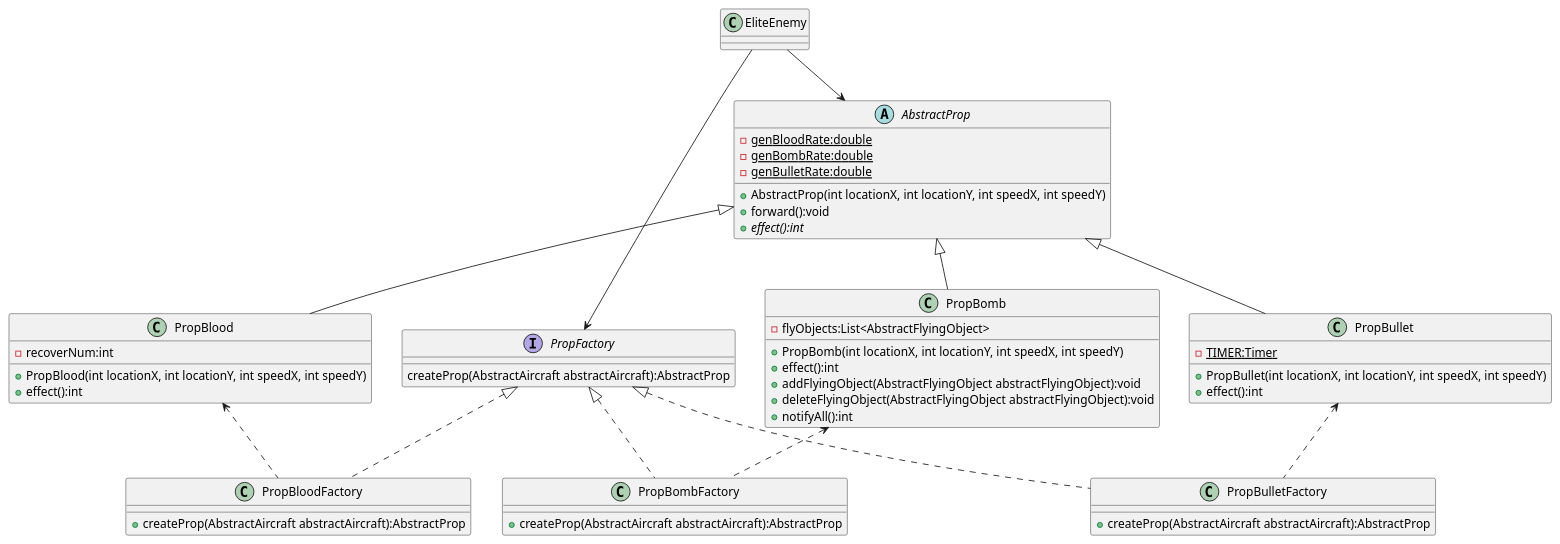
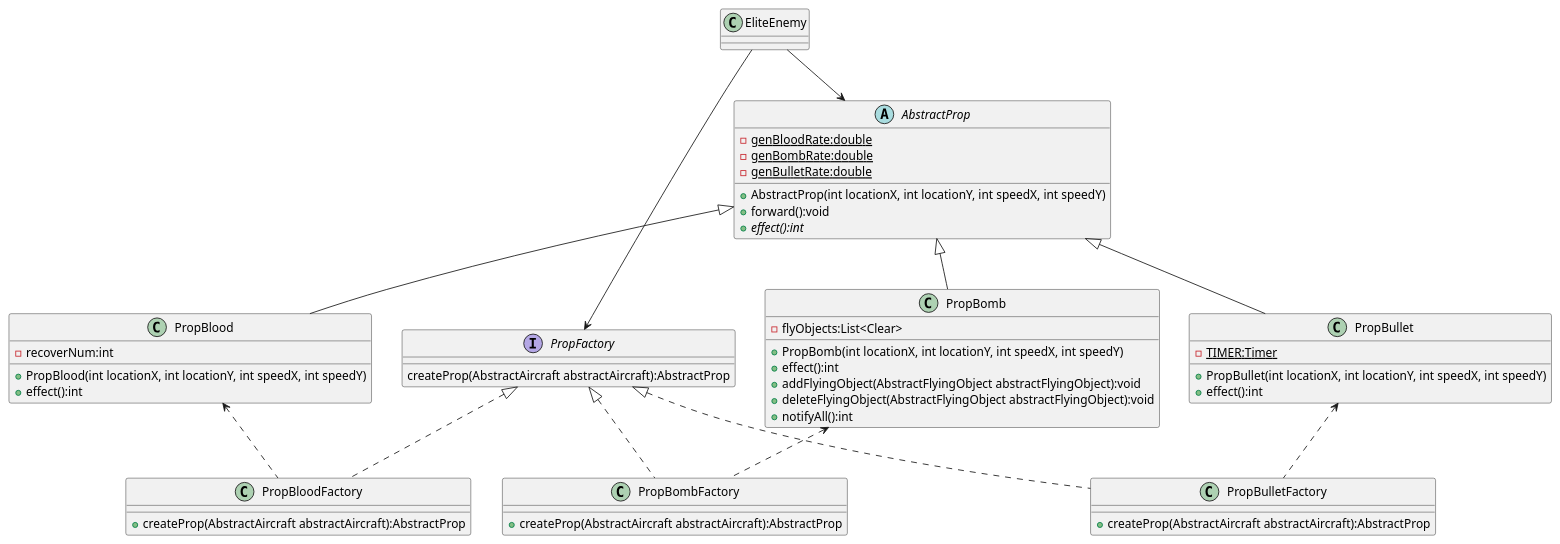
The diagram in uml/PropFactory.puml (ChrisGuiHK/AircraftWar-base), drawn with PlantUML before and after one commit. The commit also changed 13 other files, not shown here.

Commit message:
work6-uml-change

```diff
--- a/uml/PropFactory.puml
+++ b/uml/PropFactory.puml
@@ -1,72 +1,72 @@
 @startuml
 'https://plantuml.com/class-diagram
 
 class EliteEnemy{}
 
 EliteEnemy --> AbstractProp
 EliteEnemy --> PropFactory
 
 abstract class AbstractProp{
     - {static} genBloodRate:double
     - {static} genBombRate:double
     - {static} genBulletRate:double
 
     + AbstractProp(int locationX, int locationY, int speedX, int speedY)
     + forward():void
     + {abstract} effect():int
 }
 
 interface PropFactory
 {
     createProp(AbstractAircraft abstractAircraft):AbstractProp
 }
 
 AbstractProp <|-- PropBlood
 AbstractProp <|-- PropBomb
 AbstractProp <|-- PropBullet
 
 PropFactory <|.. PropBloodFactory
 PropFactory <|.. PropBombFactory
 PropFactory <|.. PropBulletFactory
 
 PropBlood <.. PropBloodFactory
 PropBomb <.. PropBombFactory
 PropBullet <.. PropBulletFactory
 
 class PropBlood{
     - recoverNum:int
 
     + PropBlood(int locationX, int locationY, int speedX, int speedY)
     + effect():int
 }
 
 class PropBomb{
-    - flyObjects:List<AbstractFlyingObject>
+    - flyObjects:List<Clear>
 
     + PropBomb(int locationX, int locationY, int speedX, int speedY)
     + effect():int
     + addFlyingObject(AbstractFlyingObject abstractFlyingObject):void
     + deleteFlyingObject(AbstractFlyingObject abstractFlyingObject):void
     + notifyAll():int
 }
 
 class PropBullet{
     - {static} TIMER:Timer
 
     + PropBullet(int locationX, int locationY, int speedX, int speedY)
     + effect():int
 }
 
 class PropBloodFactory {
     + createProp(AbstractAircraft abstractAircraft):AbstractProp
 }
 
 class PropBombFactory {
     + createProp(AbstractAircraft abstractAircraft):AbstractProp
 }
 
 class PropBulletFactory {
     + createProp(AbstractAircraft abstractAircraft):AbstractProp
 }
 
 @enduml
```
